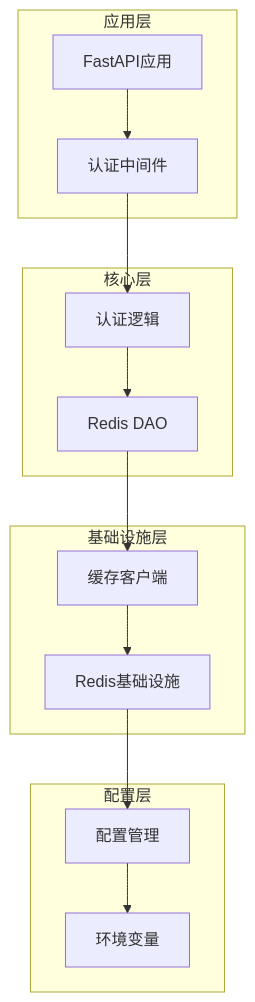
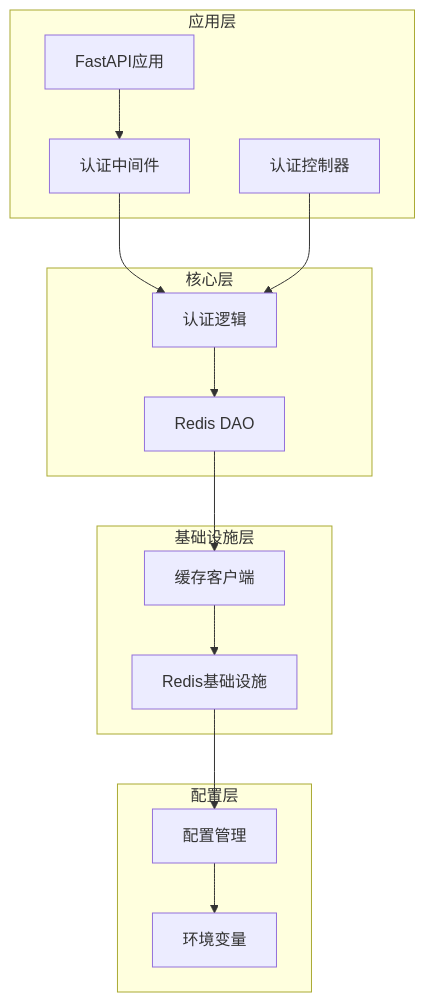
The first of 8 diagrams in .qoder/repowiki/zh/content/数据访问层/Redis数据访问对象.md (lilinzezzzzzz/fastapi-backend), drawn with Mermaid before and after one commit. The commit also changed other lines of this file and 38 other files, not shown here.

````diff
--- a/.qoder/repowiki/zh/content/数据访问层/Redis数据访问对象.md
+++ b/.qoder/repowiki/zh/content/数据访问层/Redis数据访问对象.md
@@ -44,26 +54,28 @@
 ```mermaid
 graph TB
 subgraph "应用层"
 APP[FastAPI应用]
 MIDDLEWARE[认证中间件]
+CONTROLLER[认证控制器]
 end
 subgraph "核心层"
 AUTH[认证逻辑]
 DAO[Redis DAO]
 end
 subgraph "基础设施层"
 INFRA[Redis基础设施]
 CACHE[缓存客户端]
 end
 subgraph "配置层"
 CONFIG[配置管理]
 ENV[环境变量]
 end
 APP --> MIDDLEWARE
 MIDDLEWARE --> AUTH
+CONTROLLER --> AUTH
 AUTH --> DAO
 DAO --> CACHE
 CACHE --> INFRA
 INFRA --> CONFIG
 CONFIG --> ENV
 ```
````
